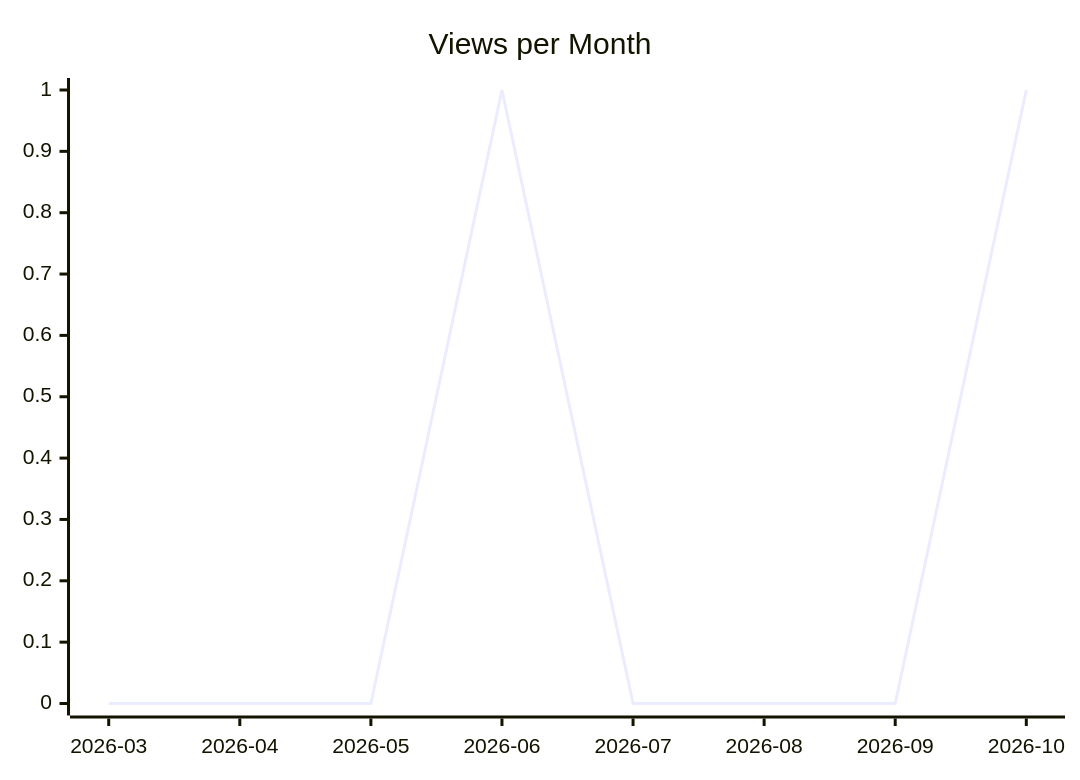
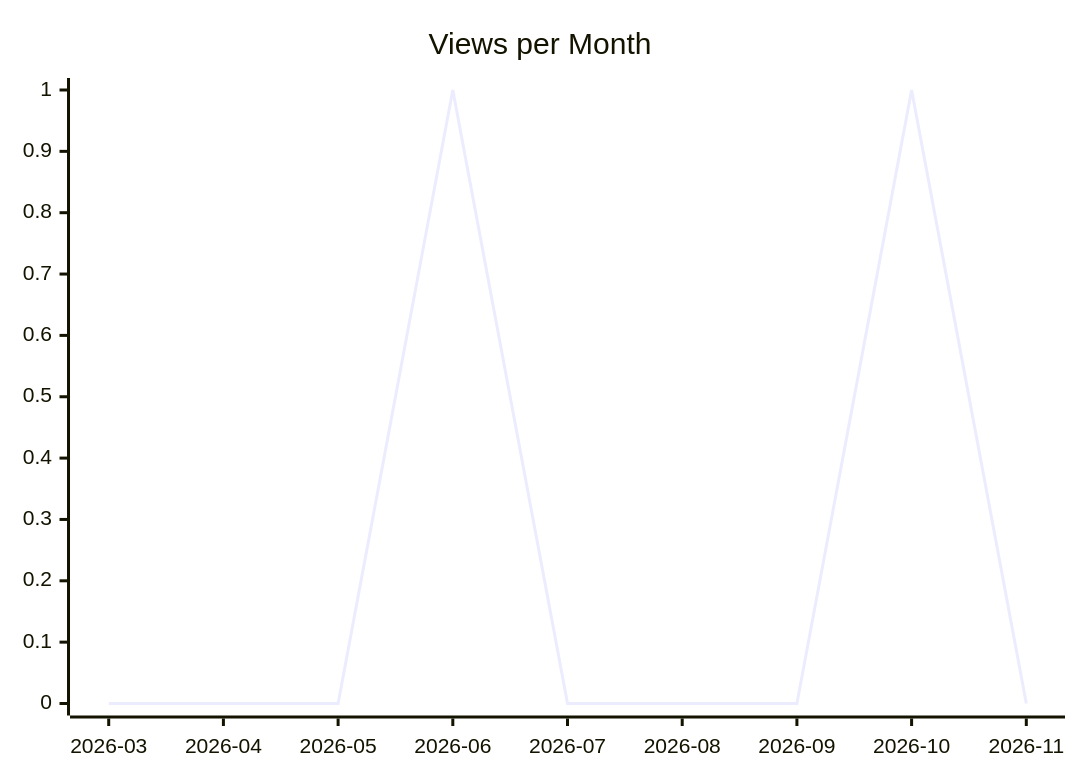
One commit to justdavis-family/github-analytics-data changed the second of 3 diagrams in karlmdavis/perfect-note/README.md. Above: the diagram before and after it, drawn with Mermaid. The commit also changed other lines of this file and 201 other files, not shown here.

````diff
--- a/karlmdavis/perfect-note/README.md
+++ b/karlmdavis/perfect-note/README.md
@@ -12,6 +12,6 @@
 ```mermaid
 xychart-beta
   title "Views per Month"
-  x-axis ["2026-03", "2026-04", "2026-05", "2026-06", "2026-07", "2026-08", "2026-09", "2026-10"]
-  line [0, 0, 0, 1, 0, 0, 0, 1]
+  x-axis ["2026-03", "2026-04", "2026-05", "2026-06", "2026-07", "2026-08", "2026-09", "2026-10", "2026-11"]
+  line [0, 0, 0, 1, 0, 0, 0, 1, 0]
 ```
````
